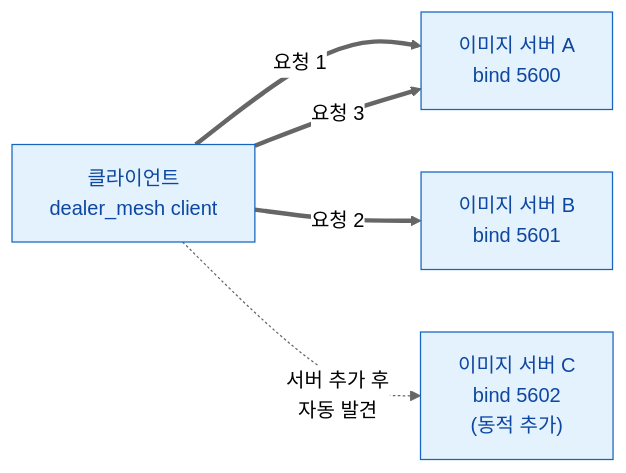
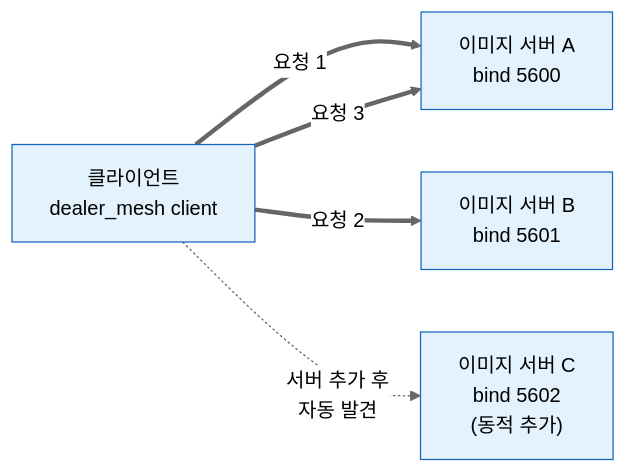
The third of 4 diagrams in framework/languages/cpp/doc/guide/07-channel-messaging.ko.md (kairos-code-dev/zlink), drawn with Mermaid (neutral theme) before and after one commit. The commit also changed other lines of this file and 6 other files, not shown here.

First line of the commit message:
docs(cpp): set diagram node text to black for legibility

````diff
--- a/framework/languages/cpp/doc/guide/07-channel-messaging.ko.md
+++ b/framework/languages/cpp/doc/guide/07-channel-messaging.ko.md
@@ -176,14 +176,14 @@
 ```mermaid
 flowchart LR
     C["클라이언트<br/>dealer_mesh client"]:::channel
     S1["이미지 서버 A<br/>bind 5600"]:::channel
     S2["이미지 서버 B<br/>bind 5601"]:::channel
     S3["이미지 서버 C<br/>bind 5602<br/>(동적 추가)"]:::channel
 
     C == "요청 1" ==> S1
     C == "요청 2" ==> S2
     C == "요청 3" ==> S1
     C -. "서버 추가 후<br/>자동 발견" .-> S3
 
-    classDef channel fill:#e3f2fd,stroke:#1565c0,color:#0d47a1
+    classDef channel fill:#e3f2fd,stroke:#1565c0,color:#000000
 ```
````
